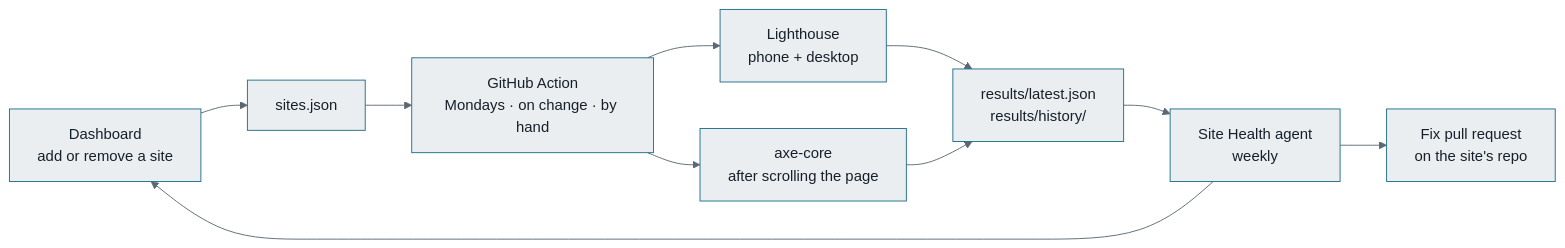
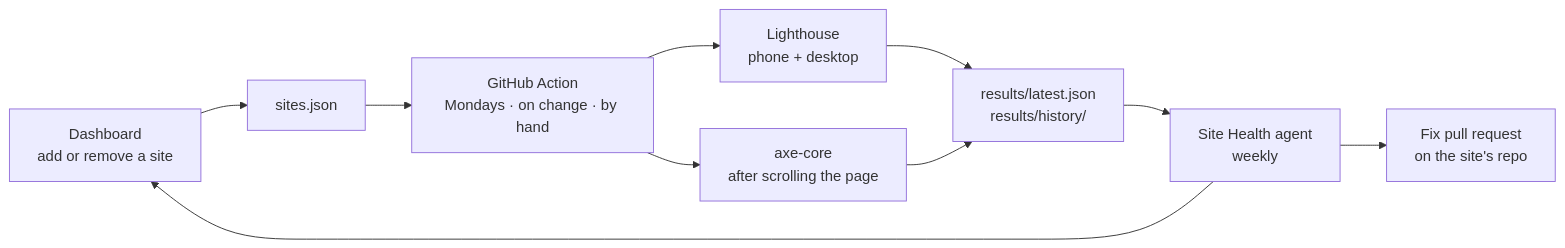
One commit to pikionis/site-monitor changed the diagram in README.md. Above: the diagram before and after it, drawn with Mermaid.

Commit message:
README: diagrams in GitHub's own colours
GitHub does not render the mermaid diagrams with an %%{init}%% theme line
("Unable to render rich display"), so the line goes and the diagrams use
GitHub's theme, which also follows dark mode.

````diff
--- a/README.md
+++ b/README.md
@@ -26,13 +26,12 @@
 ```mermaid
-%%{init: {'theme': 'base', 'themeVariables': {'primaryColor': '#EAEEF0', 'primaryTextColor': '#16202A', 'primaryBorderColor': '#1F6F8B', 'lineColor': '#5B6874', 'fontFamily': 'Schibsted Grotesk, Segoe UI, system-ui, sans-serif'}}}%%
 flowchart LR
     D[Dashboard<br/>add or remove a site] --> S[sites.json]
     S --> A[GitHub Action<br/>Mondays · on change · by hand]
     A --> L[Lighthouse<br/>phone + desktop]
     A --> X[axe-core<br/>after scrolling the page]
     L --> R[results/latest.json<br/>results/history/]
     X --> R
     R --> G[Site Health agent<br/>weekly]
     G --> P[Fix pull request<br/>on the site's repo]
     G --> D
 ```
````
